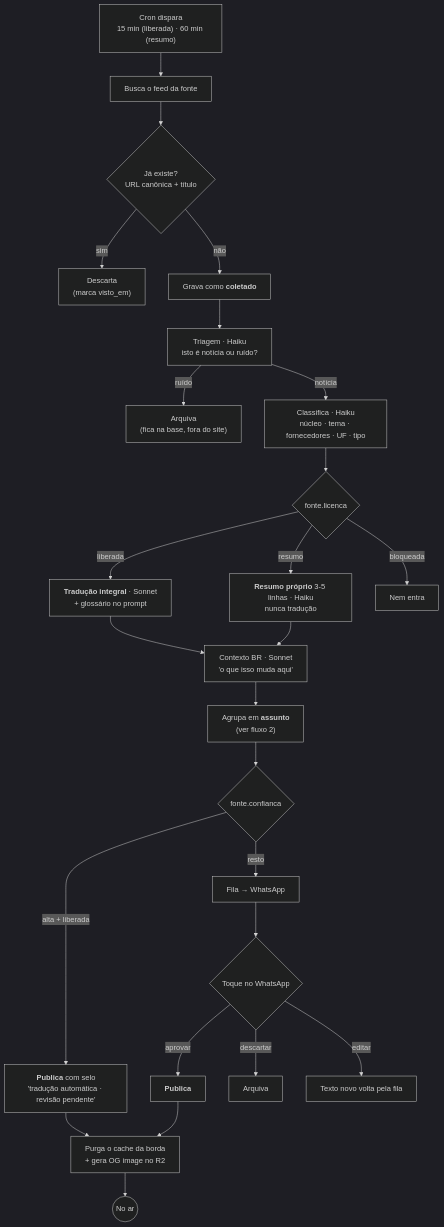
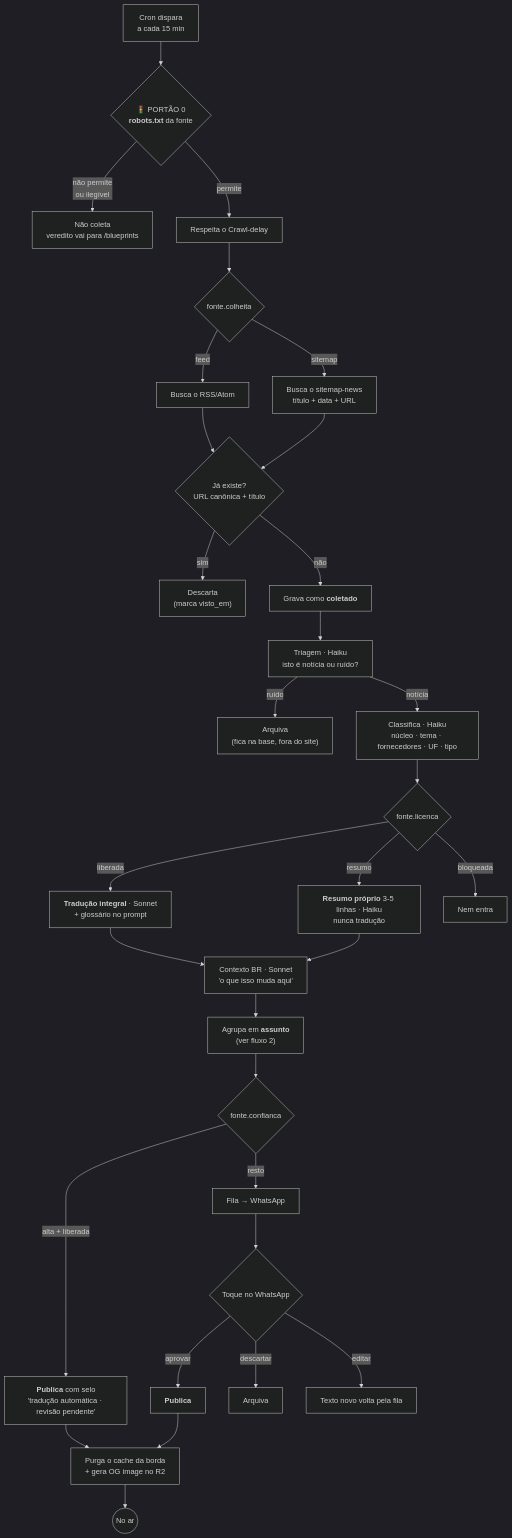
One commit to pethrus07/instituto-automacao changed the first of 5 diagrams in docs/FLUXOS.md. Above: the diagram before and after it, drawn with Mermaid (dark theme). The commit also changed other lines of this file and 9 other files, not shown here.

````diff
--- a/docs/FLUXOS.md
+++ b/docs/FLUXOS.md
@@ -13,33 +15,39 @@
 ```mermaid
 flowchart TD
-    A["Cron dispara<br/>15 min (liberada) · 60 min (resumo)"] --> B["Busca o feed da fonte"]
-    B --> C{"Já existe?<br/>URL canônica + título"}
+    A["Cron dispara<br/>a cada 15 min"] --> A1{"🚦 PORTÃO 0<br/><b>robots.txt</b> da fonte"}
+    A1 -->|"não permite<br/>ou ilegível"| A2["Não coleta<br/>veredito vai para /blueprints"]
+    A1 -->|permite| A3["Respeita o Crawl-delay"]
+    A3 --> B{"fonte.colheita"}
+    B -->|feed| B1["Busca o RSS/Atom"]
+    B -->|sitemap| B2["Busca o sitemap-news<br/>título + data + URL"]
+    B1 --> C{"Já existe?<br/>URL canônica + título"}
+    B2 --> C
     C -->|sim| C1["Descarta<br/>(marca visto_em)"]
     C -->|não| D["Grava como <b>coletado</b>"]
 
     D --> E["Triagem · Haiku<br/>isto é notícia ou ruído?"]
     E -->|ruído| E1["Arquiva<br/>(fica na base, fora do site)"]
     E -->|notícia| F["Classifica · Haiku<br/>núcleo · tema · fornecedores · UF · tipo"]
 
     F --> G{"fonte.licenca"}
     G -->|liberada| H["<b>Tradução integral</b> · Sonnet<br/>+ glossário no prompt"]
     G -->|resumo| I["<b>Resumo próprio</b> 3-5 linhas · Haiku<br/>nunca tradução"]
     G -->|bloqueada| G1["Nem entra"]
 
     H --> J["Contexto BR · Sonnet<br/>'o que isso muda aqui'"]
     I --> J
     J --> K["Agrupa em <b>assunto</b><br/>(ver fluxo 2)"]
 
     K --> L{"fonte.confianca"}
     L -->|alta + liberada| M["<b>Publica</b> com selo<br/>'tradução automática · revisão pendente'"]
     L -->|resto| N["Fila → WhatsApp"]
 
     N --> O{"Toque no WhatsApp"}
     O -->|aprovar| P["<b>Publica</b>"]
     O -->|descartar| P1["Arquiva"]
     O -->|editar| P2["Texto novo volta pela fila"]
 
     M --> Q["Purga o cache da borda<br/>+ gera OG image no R2"]
     P --> Q
     Q --> R(("No ar"))
 ```
````
